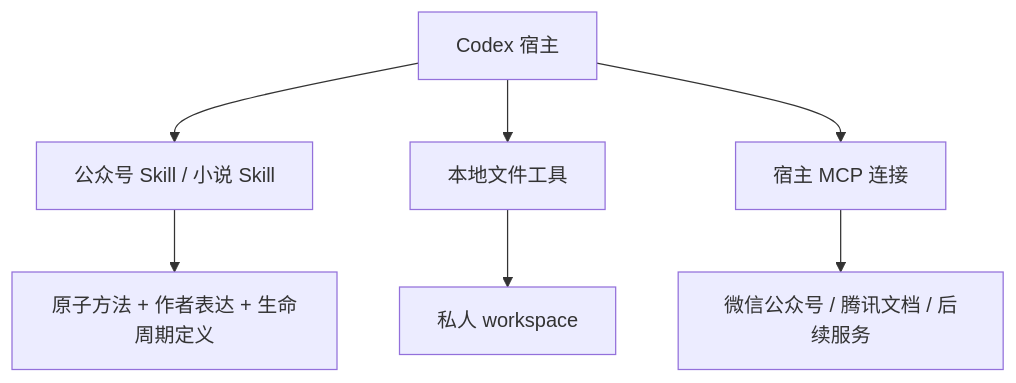
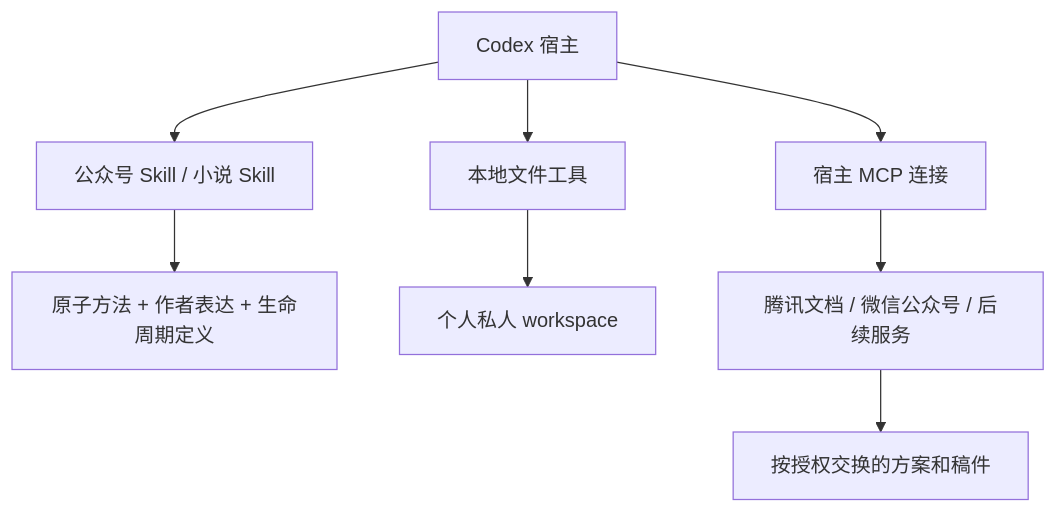
The diagram in README.md (yeliang-wang/touge-writing), drawn with Mermaid before and after one commit. The commit also changed other lines of this file and 126 other files, not shown here.

````diff
--- a/README.md
+++ b/README.md
@@ -34,9 +32,10 @@
 ```mermaid
 flowchart TD
     H[Codex 宿主] --> W[公众号 Skill / 小说 Skill]
     W --> C[原子方法 + 作者表达 + 生命周期定义]
     H --> T[本地文件工具]
-    T --> P[私人 workspace]
+    T --> P[个人私人 workspace]
     H --> M[宿主 MCP 连接]
-    M --> E[微信公众号 / 腾讯文档 / 后续服务]
+    M --> E[腾讯文档 / 微信公众号 / 后续服务]
+    E --> S[按授权交换的方案和稿件]
 ```
````
